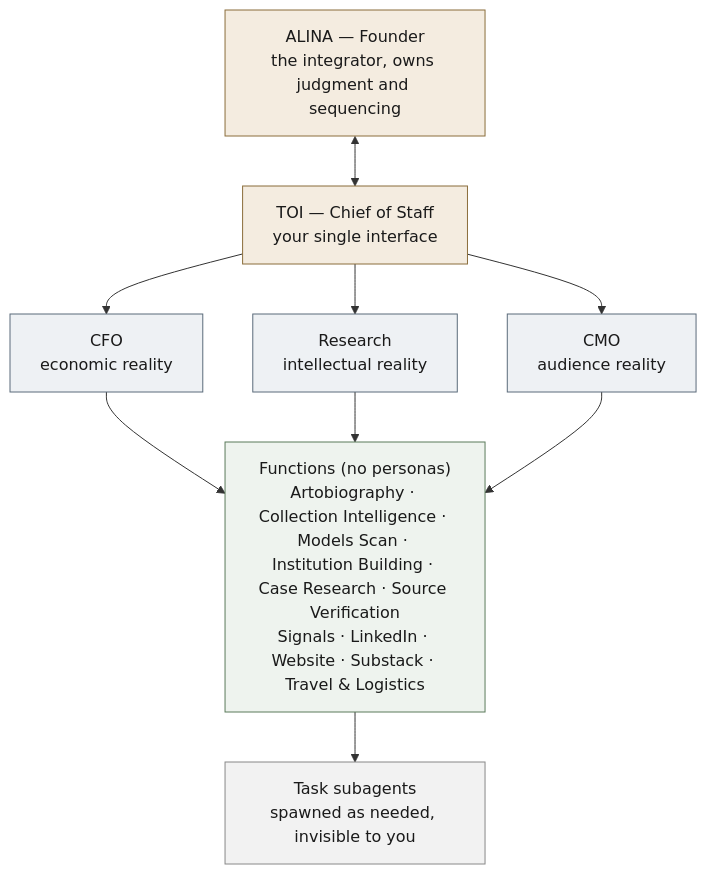
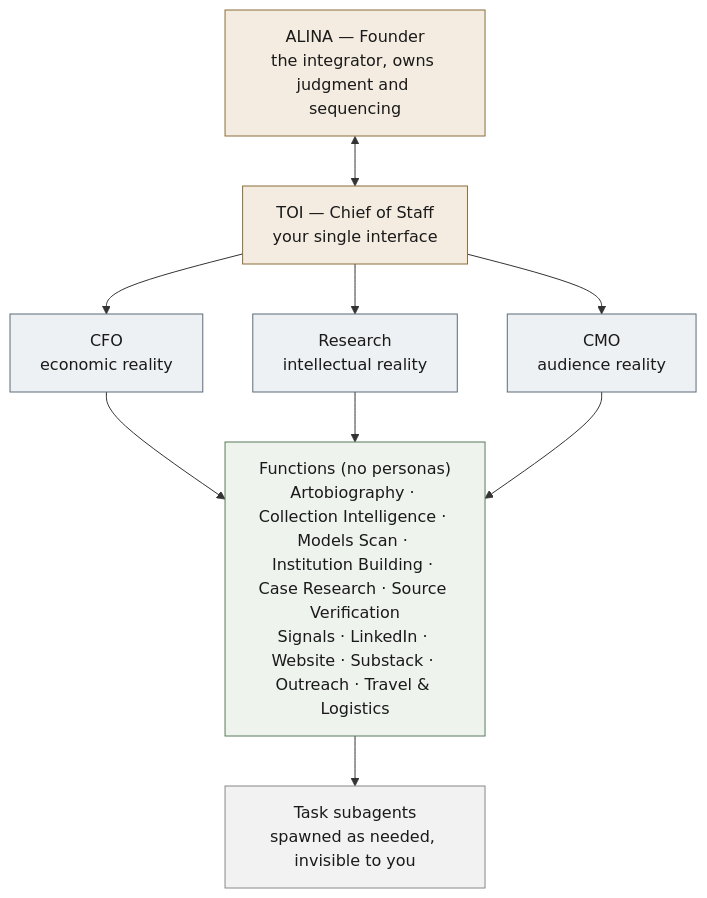
Before and after one commit to alinaokun/nariway-art: the diagram in company/executive-model.md, drawn with Mermaid. The commit also changed other lines of this file and 1 other file, not shown here.

Commit message:
Add Outreach function (authentic reconnection/first-contact emails)

````diff
--- a/company/executive-model.md
+++ b/company/executive-model.md
@@ -7,28 +7,28 @@
 ```mermaid
 flowchart TD
     A["ALINA — Founder<br/>the integrator, owns judgment and sequencing"]
     TOI["TOI — Chief of Staff<br/>your single interface"]
     CFO["CFO<br/>economic reality"]
     RES["Research<br/>intellectual reality"]
     CMO["CMO<br/>audience reality"]
-    FUN["Functions (no personas)<br/>Artobiography · Collection Intelligence · Models Scan · Institution Building · Case Research · Source Verification<br/>Signals · LinkedIn · Website · Substack · Travel & Logistics"]
+    FUN["Functions (no personas)<br/>Artobiography · Collection Intelligence · Models Scan · Institution Building · Case Research · Source Verification<br/>Signals · LinkedIn · Website · Substack · Outreach · Travel & Logistics"]
     SUB["Task subagents<br/>spawned as needed, invisible to you"]
 
     A <--> TOI
     TOI --> CFO
     TOI --> RES
     TOI --> CMO
     CFO --> FUN
     RES --> FUN
     CMO --> FUN
     FUN --> SUB
 
     classDef founder fill:#f4ece0,stroke:#8a6d3b,color:#1a1a1a;
     classDef lens fill:#eef1f4,stroke:#5b6b7a,color:#1a1a1a;
     classDef fun fill:#eef3ee,stroke:#5a7a5a,color:#1a1a1a;
     classDef sub fill:#f2f2f2,stroke:#888,color:#1a1a1a;
     class A,TOI founder;
     class CFO,RES,CMO lens;
     class FUN fun;
     class SUB sub;
 ```
````
